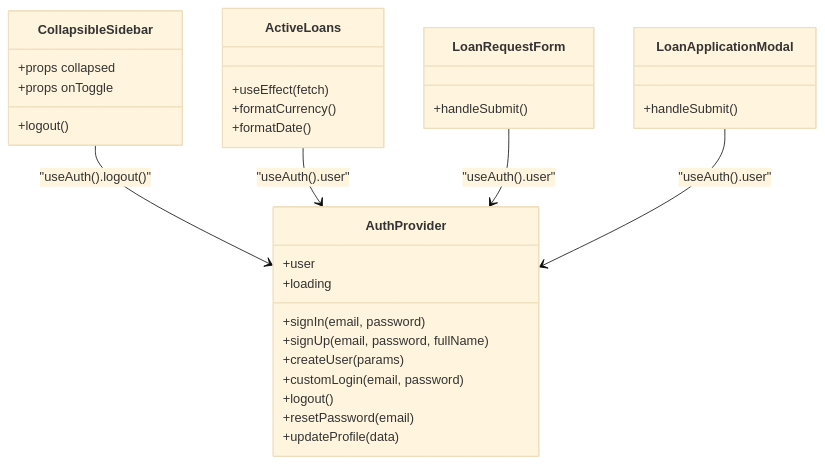
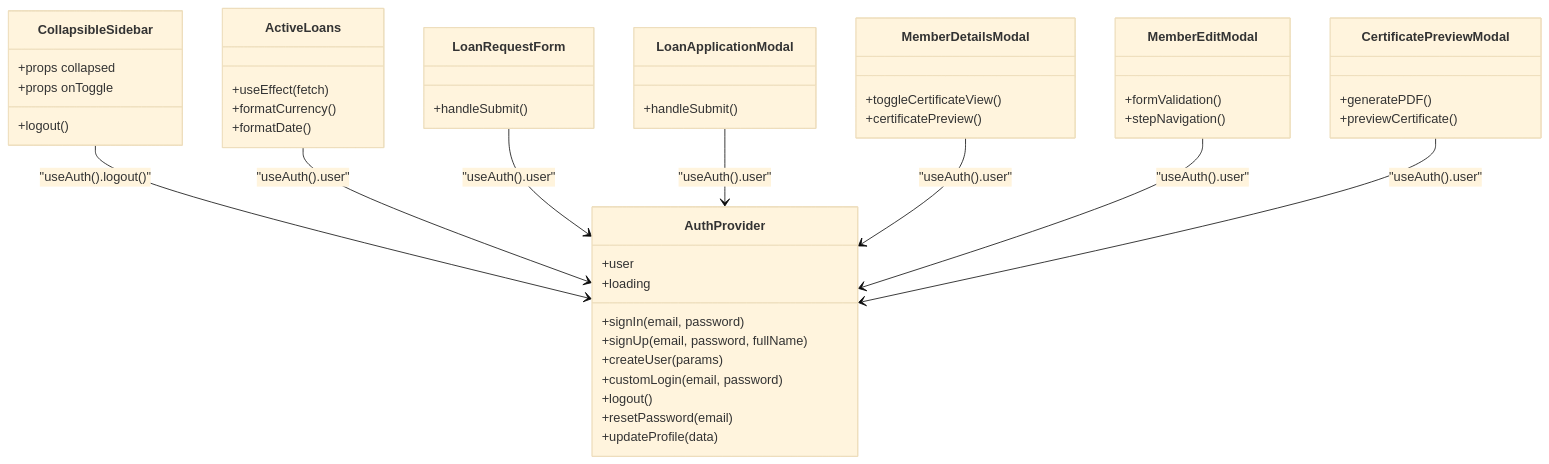
One commit to Unsure-bry/sampacoop_system changed the sixth of 10 diagrams in .qoder/repowiki/en/content/UI Components & Design System/UI Components & Design System.md. Above: the diagram before and after it, drawn with Mermaid (base theme). The commit also changed other lines of this file and 24 other files, not shown here.

````diff
--- a/.qoder/repowiki/en/content/UI Components & Design System/UI Components & Design System.md
+++ b/.qoder/repowiki/en/content/UI Components & Design System/UI Components & Design System.md
@@ -369,34 +391,49 @@
 ```mermaid
 classDiagram
 class AuthProvider {
 +user
 +loading
 +signIn(email, password)
 +signUp(email, password, fullName)
 +createUser(params)
 +customLogin(email, password)
 +logout()
 +resetPassword(email)
 +updateProfile(data)
 }
 class CollapsibleSidebar {
 +props collapsed
 +props onToggle
 +logout()
 }
 class ActiveLoans {
 +useEffect(fetch)
 +formatCurrency()
 +formatDate()
 }
 class LoanRequestForm {
 +handleSubmit()
 }
 class LoanApplicationModal {
 +handleSubmit()
 }
+class MemberDetailsModal {
++toggleCertificateView()
++certificatePreview()
+}
+class MemberEditModal {
++formValidation()
++stepNavigation()
+}
+class CertificatePreviewModal {
++generatePDF()
++previewCertificate()
+}
 CollapsibleSidebar --> AuthProvider : "useAuth().logout()"
 ActiveLoans --> AuthProvider : "useAuth().user"
 LoanRequestForm --> AuthProvider : "useAuth().user"
 LoanApplicationModal --> AuthProvider : "useAuth().user"
+MemberDetailsModal --> AuthProvider : "useAuth().user"
+MemberEditModal --> AuthProvider : "useAuth().user"
+CertificatePreviewModal --> AuthProvider : "useAuth().user"
 ```
````
